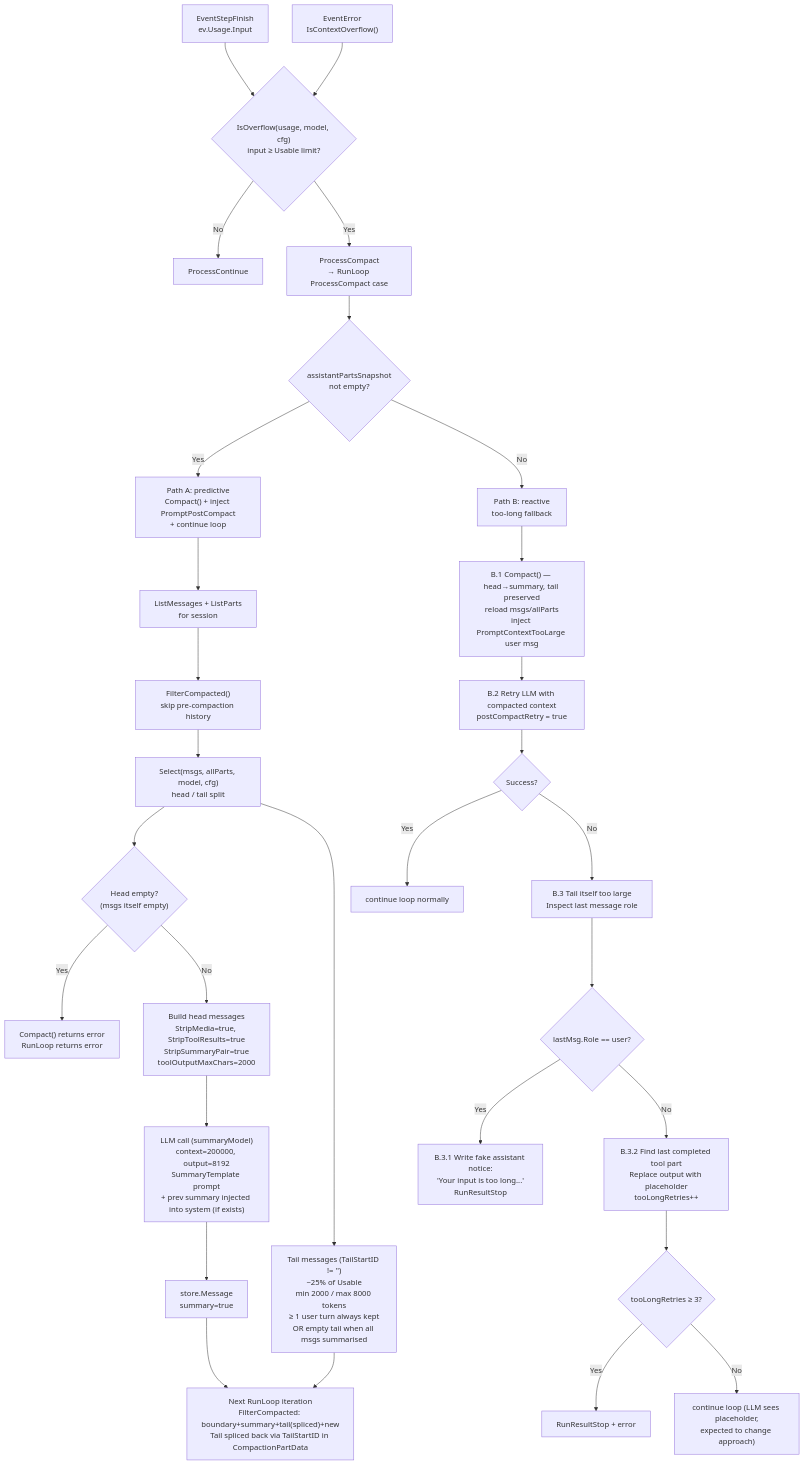
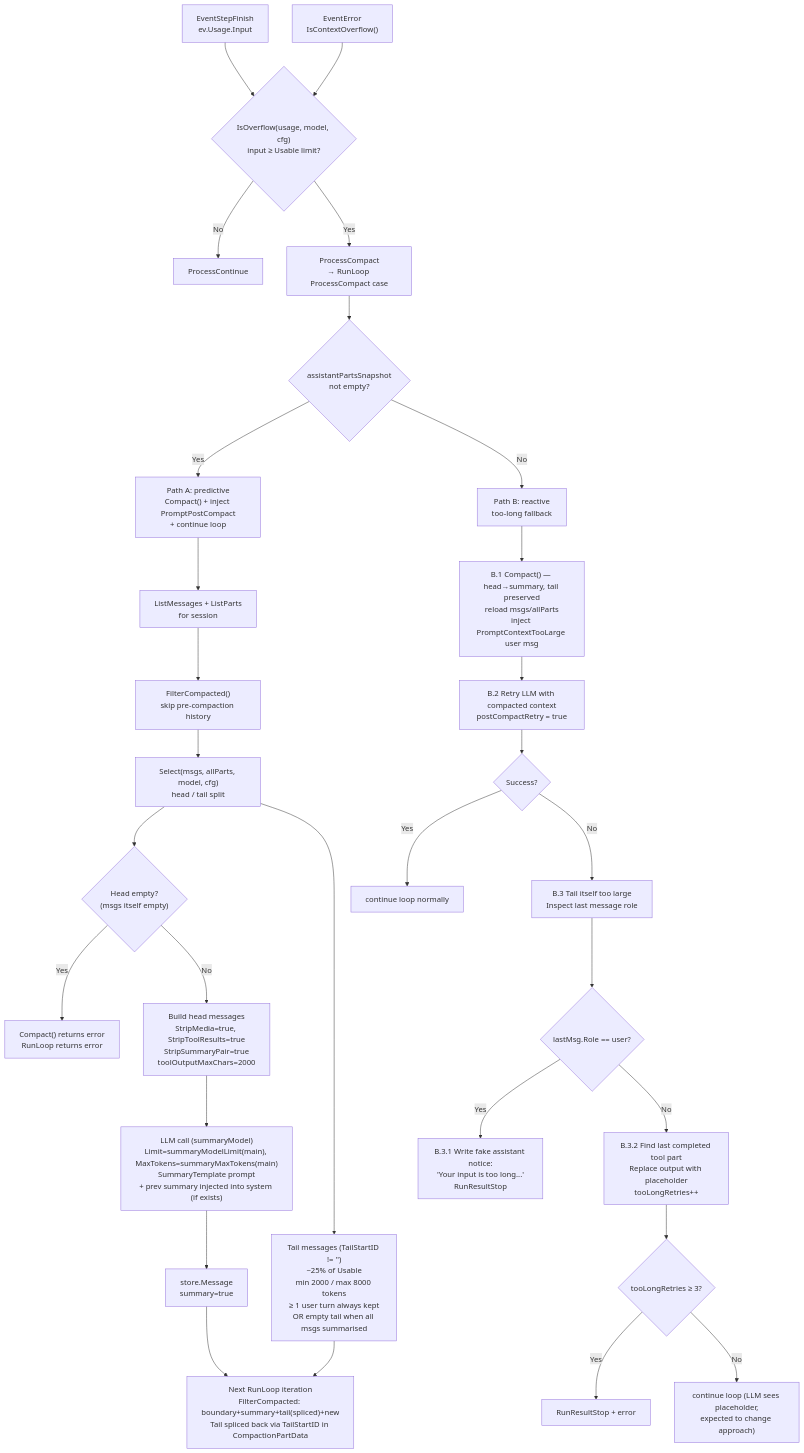
Before and after one commit to larryhou/llm-go: the third of 10 diagrams in .opencode/skills/llm/SKILL.md, drawn with Mermaid. The commit also changed other lines of this file and 5 other files, not shown here.

First line of the commit message:
compaction: scale summary max output with main context window

````diff
--- a/.opencode/skills/llm/SKILL.md
+++ b/.opencode/skills/llm/SKILL.md
@@ -103,40 +103,40 @@
 ```mermaid
 flowchart TD
     StepFinish["EventStepFinish\nev.Usage.Input"] --> IsOverflow{"IsOverflow(usage, model, cfg)\ninput ≥ Usable limit?"}
     ProviderError["EventError\nIsContextOverflow()"] --> IsOverflow
     IsOverflow -- No --> Continue["ProcessContinue"]
     IsOverflow -- Yes --> ProcessCompact["ProcessCompact\n→ RunLoop ProcessCompact case"]
 
     ProcessCompact --> HasParts{"assistantPartsSnapshot\nnot empty?"}
     HasParts -- Yes --> PathA["Path A: predictive\nCompact() + inject PromptPostCompact\n+ continue loop"]
     HasParts -- No --> PathB["Path B: reactive\ntoo-long fallback"]
 
     PathB --> B1["B.1 Compact() — head→summary, tail preserved\nreload msgs/allParts\ninject PromptContextTooLarge user msg"]
     B1 --> B2["B.2 Retry LLM with compacted context\npostCompactRetry = true"]
     B2 --> B2OK{"Success?"}
     B2OK -- Yes --> Continue2["continue loop normally"]
     B2OK -- No --> B3["B.3 Tail itself too large\nInspect last message role"]
 
     B3 --> UserRole{"lastMsg.Role == user?"}
     UserRole -- Yes --> B31["B.3.1 Write fake assistant notice:\n'Your input is too long...'\nRunResultStop"]
     UserRole -- No --> B32["B.3.2 Find last completed tool part\nReplace output with placeholder\ntooLongRetries++"]
     B32 --> Limit{"tooLongRetries ≥ 3?"}
     Limit -- Yes --> Stop["RunResultStop + error"]
     Limit -- No --> Retry["continue loop (LLM sees placeholder,\nexpected to change approach)"]
 
     PathA --> ListMsgs["ListMessages + ListParts\nfor session"]
     ListMsgs --> FilterCompacted["FilterCompacted()\nskip pre-compaction history"]
     FilterCompacted --> Select["Select(msgs, allParts, model, cfg)\nhead / tail split"]
 
     Select --> NothingToSummarise{"Head empty?\n(msgs itself empty)"}
     NothingToSummarise -- Yes --> CompactFail["Compact() returns error\nRunLoop returns error"]
     NothingToSummarise -- No --> BuildHead["Build head messages\nStripMedia=true, StripToolResults=true\nStripSummaryPair=true\ntoolOutputMaxChars=2000"]
 
-    BuildHead --> SummaryLLM["LLM call (summaryModel)\ncontext=200000, output=8192\nSummaryTemplate prompt\n+ prev summary injected into system (if exists)"]
+    BuildHead --> SummaryLLM["LLM call (summaryModel)\nLimit=summaryModelLimit(main), MaxTokens=summaryMaxTokens(main)\nSummaryTemplate prompt\n+ prev summary injected into system (if exists)"]
     SummaryLLM --> SummaryMsg["store.Message\nsummary=true"]
 
     Select --> Tail["Tail messages (TailStartID != '')\n~25% of Usable\nmin 2000 / max 8000 tokens\n≥ 1 user turn always kept\nOR empty tail when all msgs summarised"]
 
     SummaryMsg --> NextTurn["Next RunLoop iteration\nFilterCompacted: boundary+summary+tail(spliced)+new\nTail spliced back via TailStartID in CompactionPartData"]
     Tail --> NextTurn
 ```
````
